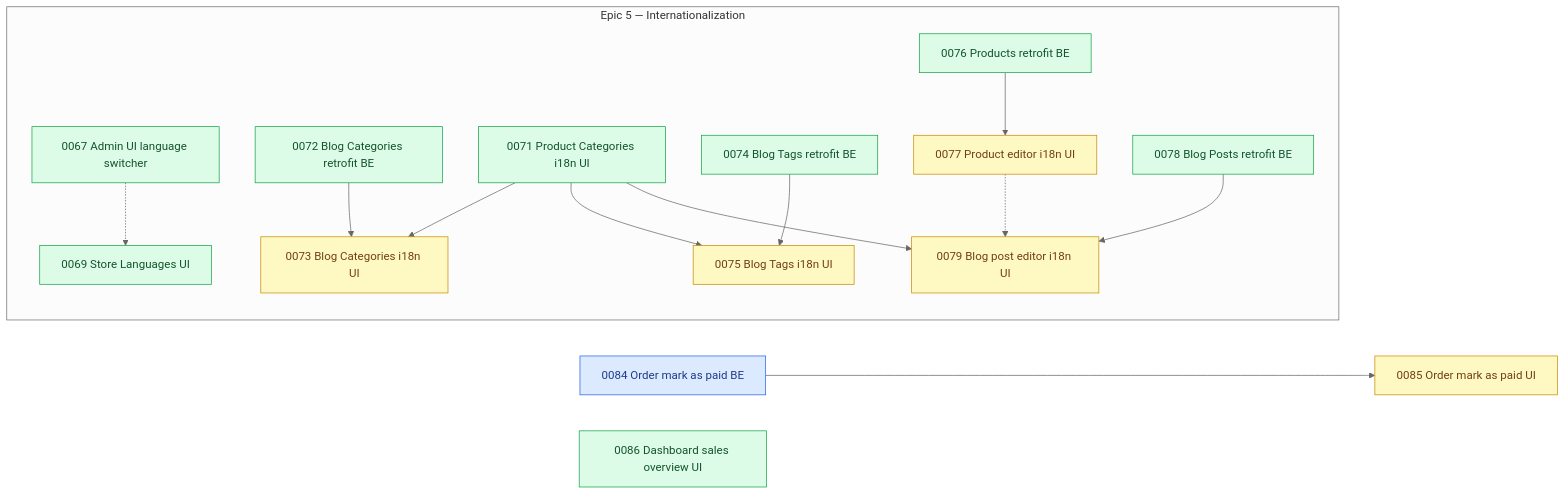
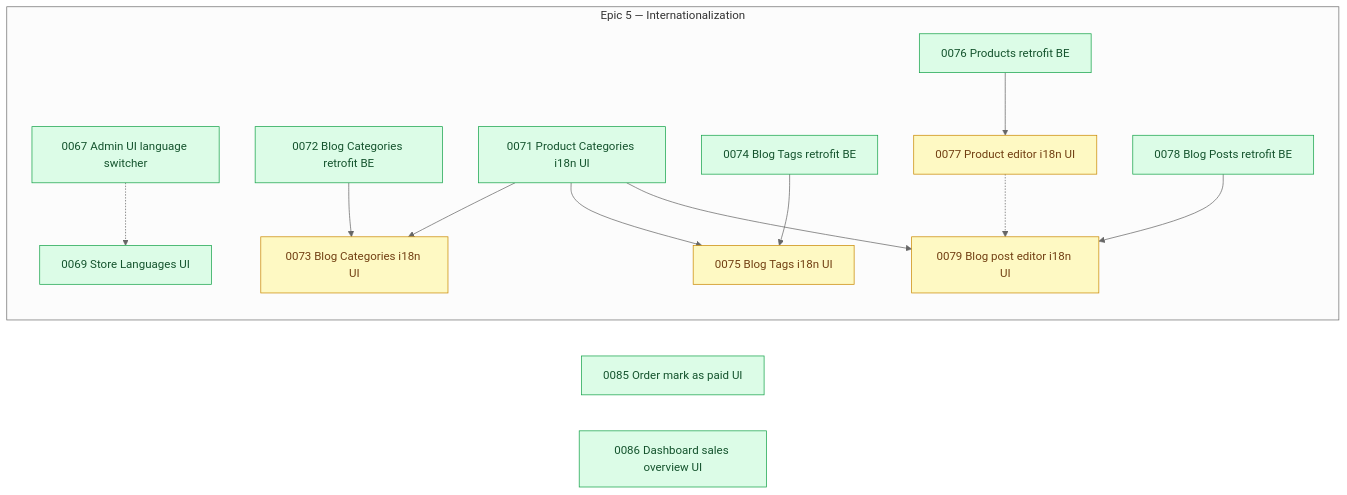
Before and after one commit to shojen/AI4Devs-finalproject: the diagram in arospe/ai-spec/tasks-map.md, drawn with Mermaid (neutral theme). The commit also changed other lines of this file and 4 other files, not shown here.

````diff
--- a/arospe/ai-spec/tasks-map.md
+++ b/arospe/ai-spec/tasks-map.md
@@ -524,7 +526,6 @@
     end
 
     %% Standalone (no PRD epic)
-    P0084["0084 Order mark as paid BE"]
     P0085["0085 Order mark as paid UI"]
     %% (P0082's own node dropped: 0082 closed to done/ this pass, per the update at the top of this file.)
     P0086["0086 Dashboard sales overview UI"]
@@ -596,10 +597,9 @@
     P0071 --> P0079
     P0077 -.-> P0079
     %% (P0082 --> P0083 and P0082 -.-> P0076/P0078 dropped: 0082 is done; 0083 is now ready.)
-    P0084 --> P0085
+    %% (P0084 --> P0085 dropped: 0084 is done; 0085 is now ready.)
     %% (P0083 -.-> P0085 and P0083 --> P0086 dropped: 0083 is done; 0086 is now ready.)
 
-    class P0073,P0075,P0077,P0079,P0085 pending;
-    class P0067,P0069,P0071,P0072,P0074,P0076,P0078,P0086 ready;
-    class P0084 claimed;
+    class P0073,P0075,P0077,P0079 pending;
+    class P0067,P0069,P0071,P0072,P0074,P0076,P0078,P0085,P0086 ready;
 ```
````
